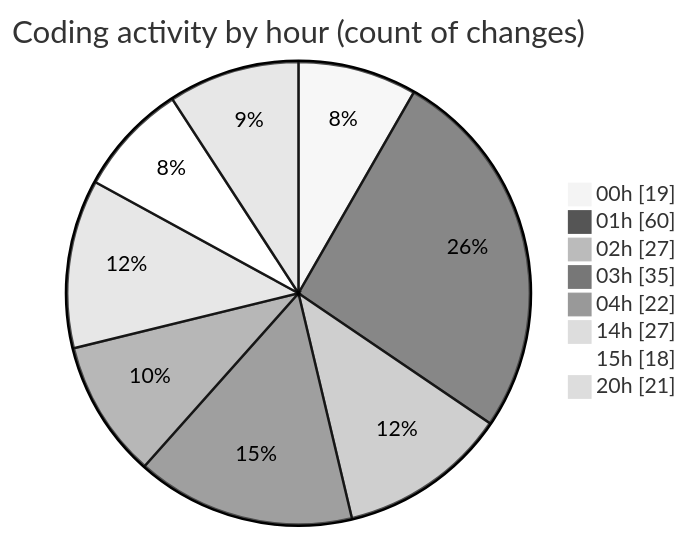
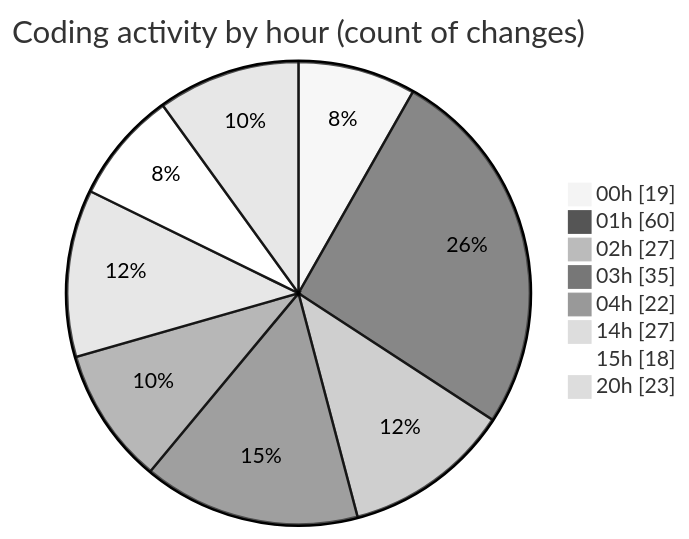
The second of 2 diagrams in 2025-07-25/quanlyrapchieuphim-1/README.md (lephambinh05/code-tracking), drawn with Mermaid (neutral theme) before and after one commit. The commit also changed other lines of this file and 1 other file, not shown here.

````diff
--- a/2025-07-25/quanlyrapchieuphim-1/README.md
+++ b/2025-07-25/quanlyrapchieuphim-1/README.md
@@ -36,12 +36,12 @@
 ```mermaid
 pie showData
 title Coding activity by hour (count of changes)
 "00h" : 19
 "01h" : 60
 "02h" : 27
 "03h" : 35
 "04h" : 22
 "14h" : 27
 "15h" : 18
-"20h" : 21
+"20h" : 23
 ```
````
